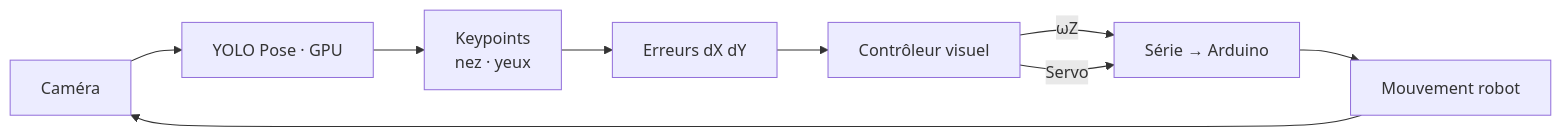
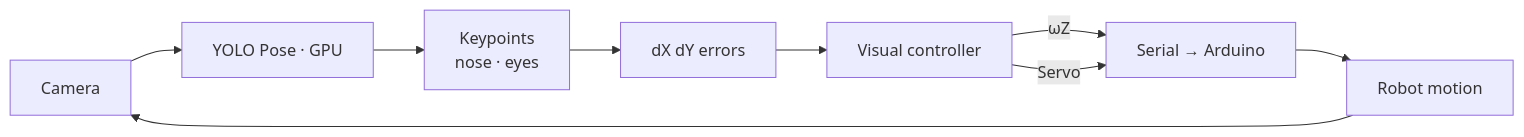
One commit to ClemDFZ/rc_control changed the second of 2 diagrams in README.md. Above: the diagram before and after it, drawn with Mermaid. The commit also changed other lines of this file, not shown here.

````diff
--- a/README.md
+++ b/README.md
@@ -167,11 +167,11 @@
 ```mermaid
 flowchart LR
-    CAM[Caméra] --> YOLO[YOLO Pose · GPU]
-    YOLO --> KP[Keypoints<br/>nez · yeux]
-    KP --> ERR[Erreurs dX dY]
-    ERR --> CTRL[Contrôleur visuel]
-    CTRL -->|ωZ| SER[Série → Arduino]
+    CAM[Camera] --> YOLO[YOLO Pose · GPU]
+    YOLO --> KP[Keypoints<br/>nose · eyes]
+    KP --> ERR[dX dY errors]
+    ERR --> CTRL[Visual controller]
+    CTRL -->|ωZ| SER[Serial → Arduino]
     CTRL -->|Servo| SER
-    SER --> ROB[Mouvement robot]
+    SER --> ROB[Robot motion]
     ROB --> CAM
 ```
````
